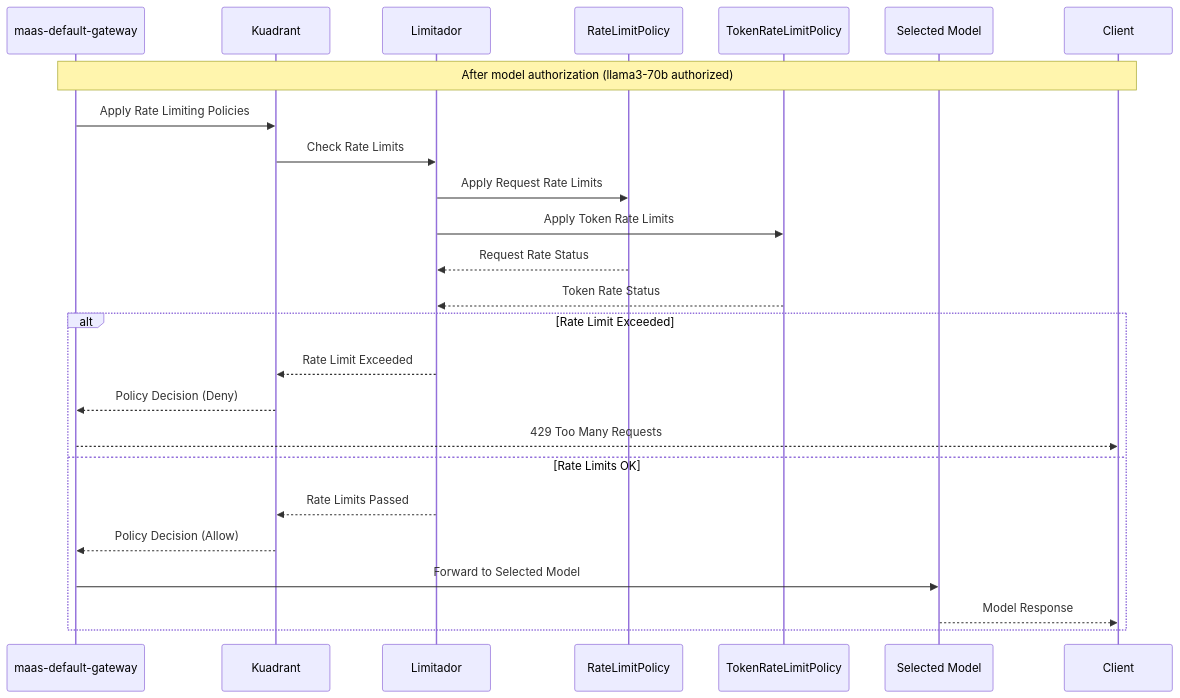
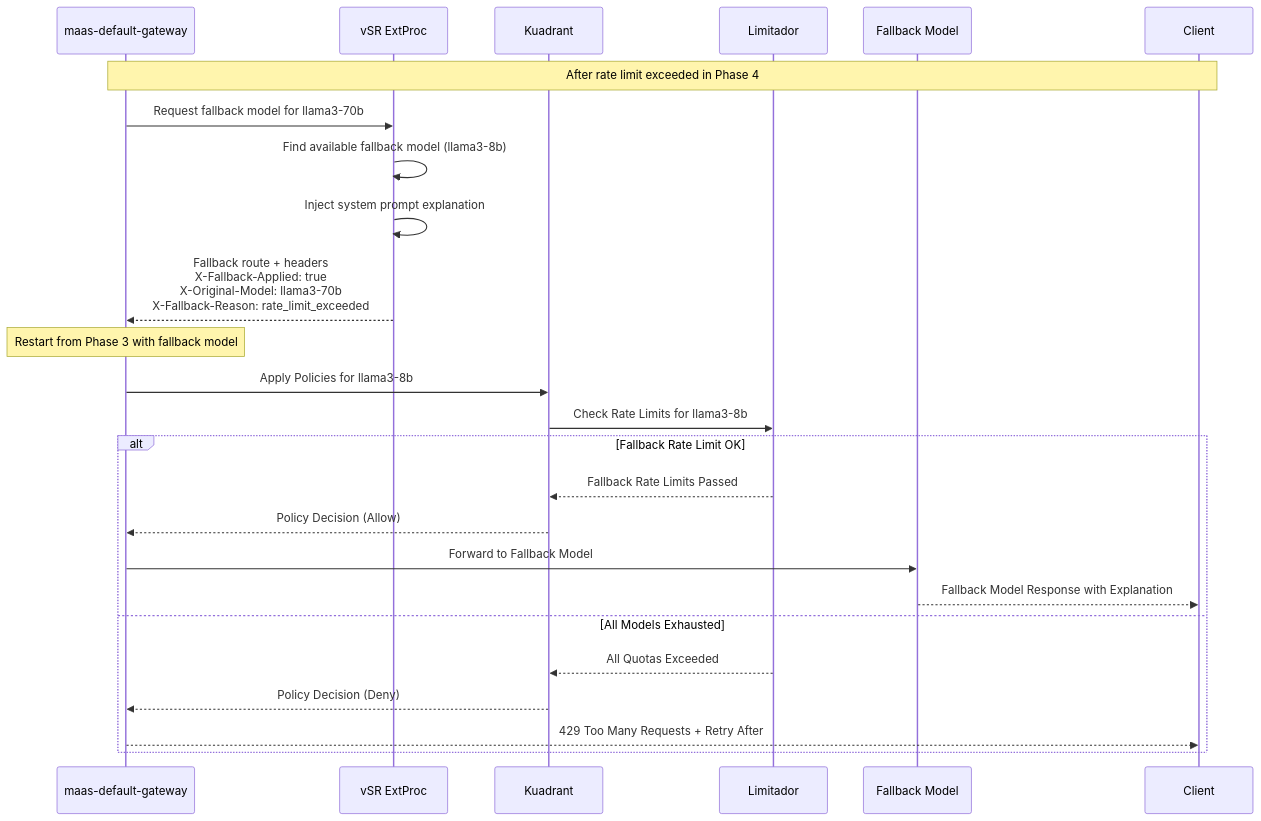
Diagram 13 of 15 in docs/designs/vSR-Integration/README.md (noyitz/maas-billing), drawn with Mermaid before and after one commit. The commit also changed other lines of this file, not shown here.

Commit message:
Fix phase ordering: move Adaptive Fallback to Phase 5
- Moved Adaptive Fallback Logic from Phase 3.5 to Phase 5
- Fallback now occurs AFTER rate limiting fails, not before
- Updated sequence diagram to show fallback triggered by rate limit denial
- Corrected core integration scope to Phases 1-5
- Dynamic billing moved to Phase 6 (future extension)

🤖 Generated with [Claude Code](https://claude.ai/code)

````diff
--- a/docs/designs/vSR-Integration/README.md
+++ b/docs/designs/vSR-Integration/README.md
@@ -487,29 +490,30 @@
 ```mermaid
 sequenceDiagram
     participant Gateway as maas-default-gateway
+    participant vSR as vSR ExtProc
     participant Kuadrant
     participant Limitador
-    participant RateLimitPolicy
-    participant TokenRateLimitPolicy
-    participant KServe as Selected Model
+    participant KServe as Fallback Model
     participant Client
     
-    Note over Gateway,Client: After model authorization (llama3-70b authorized)
-    Gateway->>Kuadrant: Apply Rate Limiting Policies
-    Kuadrant->>Limitador: Check Rate Limits
-    Limitador->>RateLimitPolicy: Apply Request Rate Limits
-    Limitador->>TokenRateLimitPolicy: Apply Token Rate Limits
-    RateLimitPolicy-->>Limitador: Request Rate Status
-    TokenRateLimitPolicy-->>Limitador: Token Rate Status
+    Note over Gateway,Client: After rate limit exceeded in Phase 4
+    Gateway->>vSR: Request fallback model for llama3-70b
+    vSR->>vSR: Find available fallback model (llama3-8b)
+    vSR->>vSR: Inject system prompt explanation
+    vSR-->>Gateway: Fallback route + headers<br/>X-Fallback-Applied: true<br/>X-Original-Model: llama3-70b<br/>X-Fallback-Reason: rate_limit_exceeded
     
-    alt Rate Limit Exceeded
-        Limitador-->>Kuadrant: Rate Limit Exceeded
+    Note over Gateway: Restart from Phase 3 with fallback model
+    Gateway->>Kuadrant: Apply Policies for llama3-8b
+    Kuadrant->>Limitador: Check Rate Limits for llama3-8b
+    
+    alt Fallback Rate Limit OK
+        Limitador-->>Kuadrant: Fallback Rate Limits Passed
+        Kuadrant-->>Gateway: Policy Decision (Allow)
+        Gateway->>KServe: Forward to Fallback Model
+        KServe-->>Client: Fallback Model Response with Explanation
+    else All Models Exhausted
+        Limitador-->>Kuadrant: All Quotas Exceeded
         Kuadrant-->>Gateway: Policy Decision (Deny)
-        Gateway-->>Client: 429 Too Many Requests
-    else Rate Limits OK
-        Limitador-->>Kuadrant: Rate Limits Passed
-        Kuadrant-->>Gateway: Policy Decision (Allow)
-        Gateway->>KServe: Forward to Selected Model
-        KServe-->>Client: Model Response
+        Gateway-->>Client: 429 Too Many Requests + Retry After
     end
 ```
````
